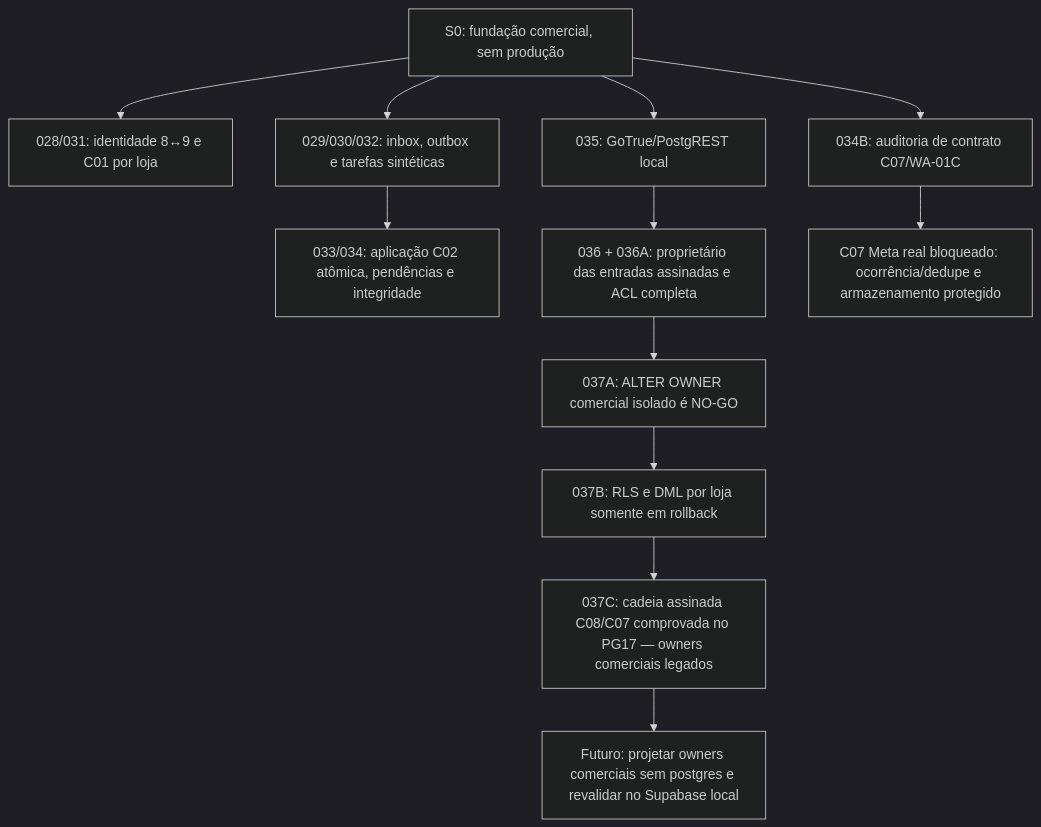
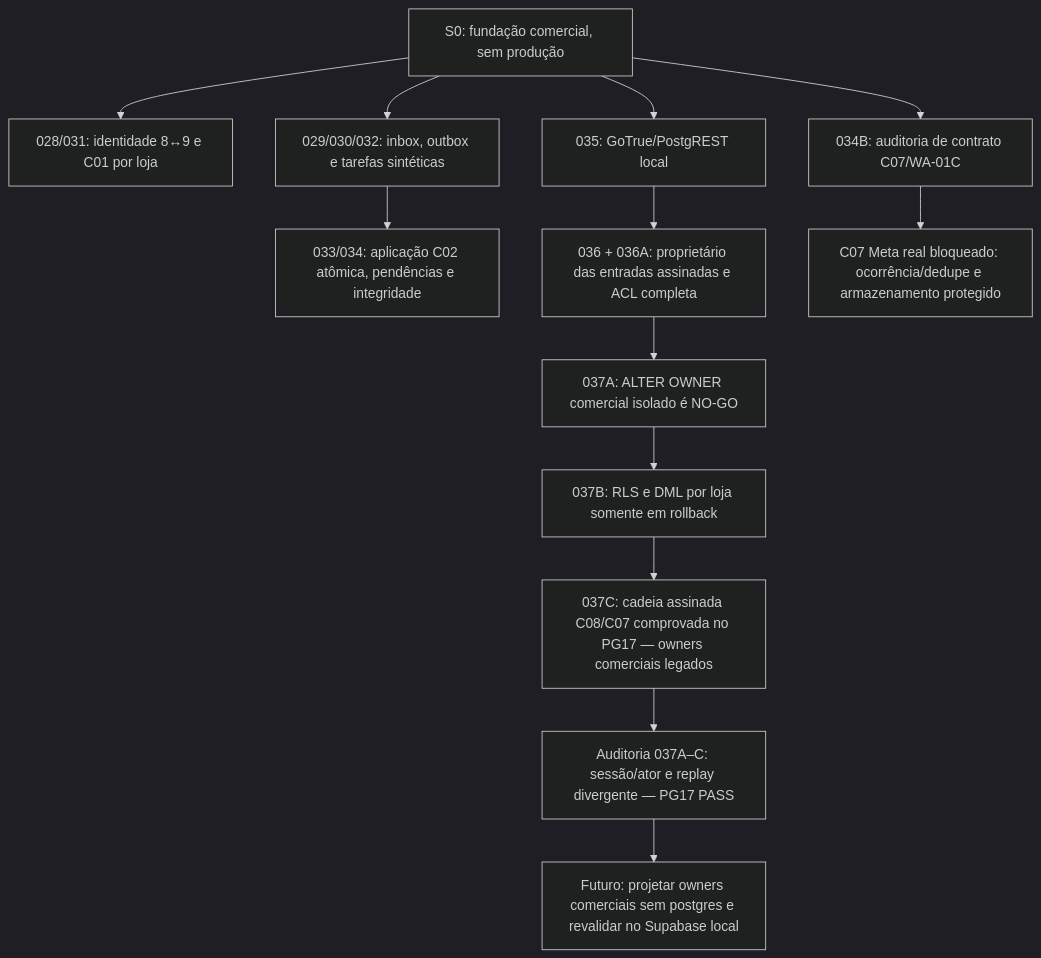
The second of 3 diagrams in docs/MAPA_MENTAL.md (prumogrowth/Prumo-Growth-Platform-V2), drawn with Mermaid (dark theme) before and after one commit. The commit also changed other lines of this file, not shown here.

Commit message:
docs(s0): atualizar MAPA_MENTAL com auditoria 037A-C aprovada

````diff
--- a/docs/MAPA_MENTAL.md
+++ b/docs/MAPA_MENTAL.md
@@ -48,14 +48,15 @@
 ```mermaid
 flowchart TD
   ROOT["S0: fundação comercial, sem produção"] --> ID["028/031: identidade 8↔9 e C01 por loja"]
   ROOT --> Q["029/030/032: inbox, outbox e tarefas sintéticas"]
   Q --> C02["033/034: aplicação C02 atômica, pendências e integridade"]
   ROOT --> CB["034B: auditoria de contrato C07/WA-01C"]
   ROOT --> AUTH["035: GoTrue/PostgREST local"]
   AUTH --> GATE["036 + 036A: proprietário das entradas assinadas e ACL completa"]
   GATE --> A["037A: ALTER OWNER comercial isolado é NO-GO"]
   A --> B["037B: RLS e DML por loja somente em rollback"]
   B --> C["037C: cadeia assinada C08/C07 comprovada no PG17 — owners comerciais legados"]
-  C --> FUT["Futuro: projetar owners comerciais sem postgres e revalidar no Supabase local"]
+  C --> AUD["Auditoria 037A–C: sessão/ator e replay divergente — PG17 PASS"]
+  AUD --> FUT["Futuro: projetar owners comerciais sem postgres e revalidar no Supabase local"]
   CB --> WAIT["C07 Meta real bloqueado: ocorrência/dedupe e armazenamento protegido"]
 ```
````
